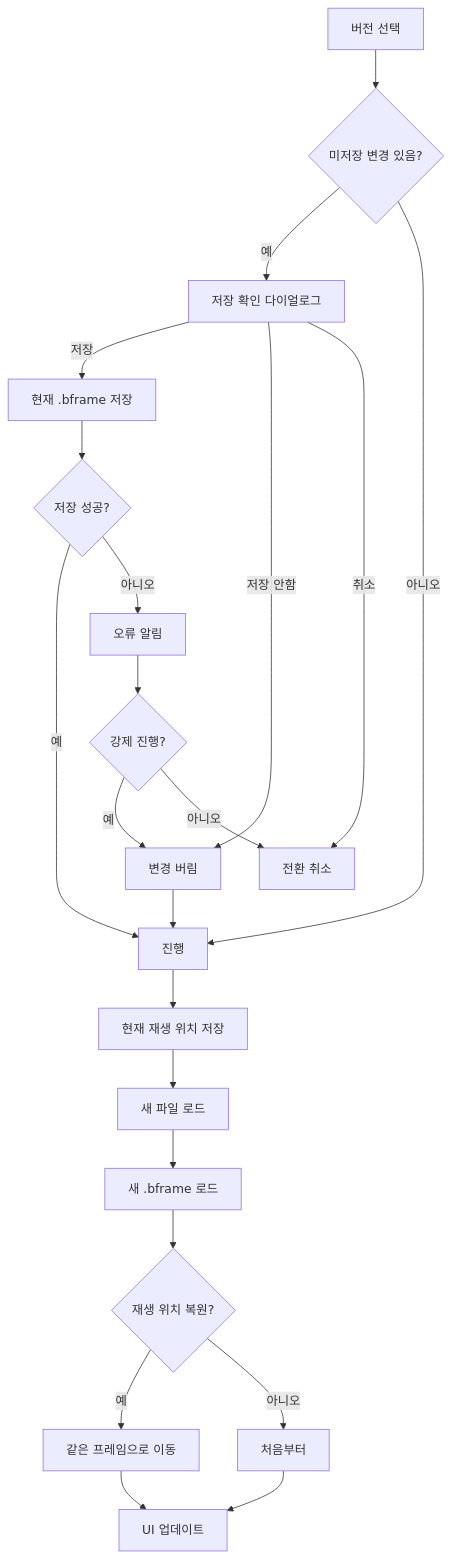
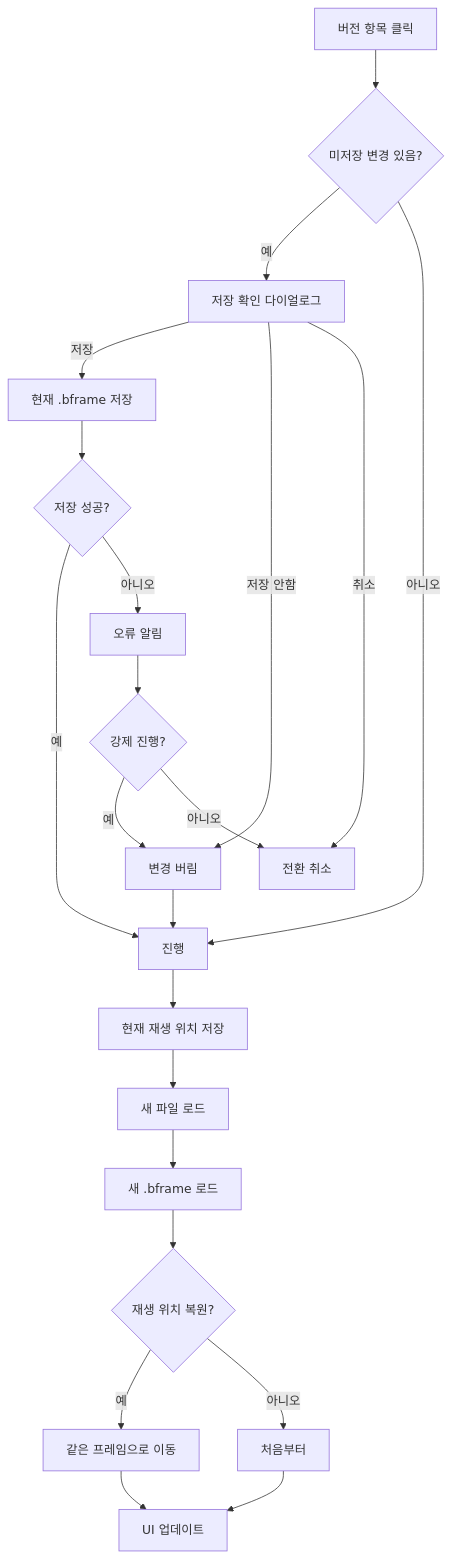
Before and after one commit to baehandoridori/BAEFRAME: diagram 11 of 14 in DEVLOG/버전관리시스템-개발.md, drawn with Mermaid. The commit also changed other lines of this file, not shown here.

````diff
--- a/DEVLOG/버전관리시스템-개발.md
+++ b/DEVLOG/버전관리시스템-개발.md
@@ -499,24 +668,24 @@
 ```mermaid
 flowchart TD
-    A[버전 선택] --> B{미저장 변경 있음?}
+    A[버전 항목 클릭] --> B{미저장 변경 있음?}
     B -->|예| C[저장 확인 다이얼로그]
     C -->|저장| D[현재 .bframe 저장]
     C -->|저장 안함| E[변경 버림]
     C -->|취소| Z[전환 취소]
     B -->|아니오| F[진행]
     D --> D1{저장 성공?}
     D1 -->|예| F
     D1 -->|아니오| D2[오류 알림]
     D2 --> D3{강제 진행?}
     D3 -->|예| E
     D3 -->|아니오| Z
     E --> F
     F --> G[현재 재생 위치 저장]
     G --> H[새 파일 로드]
     H --> I[새 .bframe 로드]
     I --> J{재생 위치 복원?}
     J -->|예| K[같은 프레임으로 이동]
     J -->|아니오| L[처음부터]
     K --> M[UI 업데이트]
     L --> M
 ```
````
